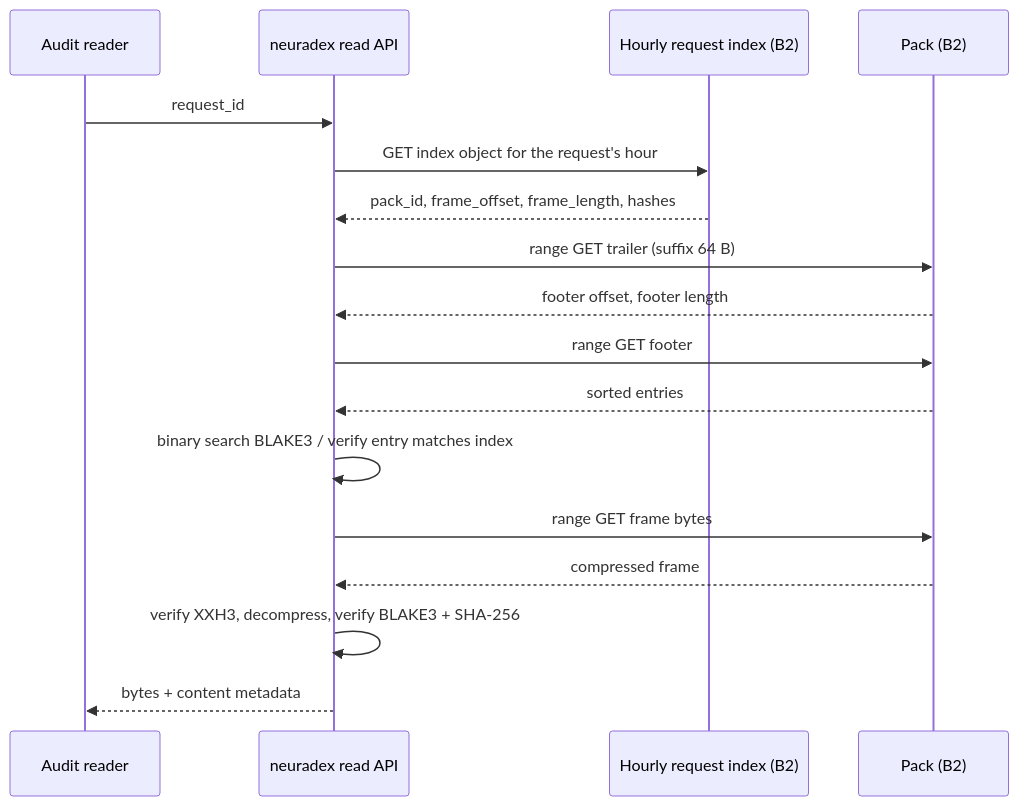
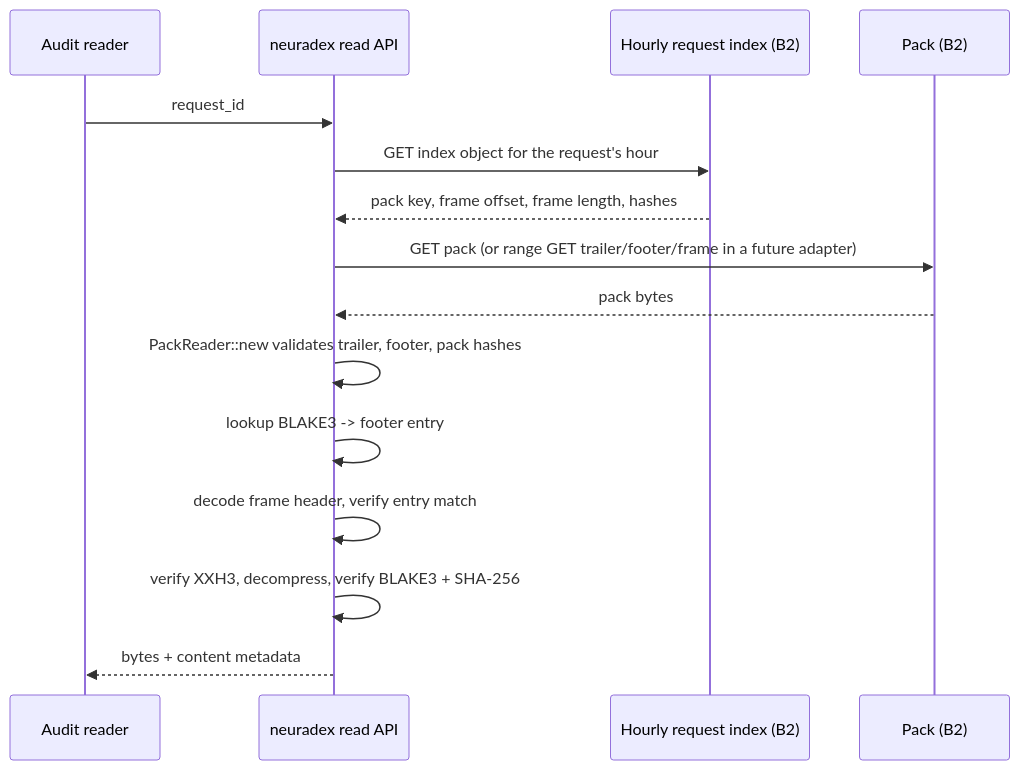
Before and after one commit to mkroman/neuradex: the second of 2 diagrams in docs/rfd/0002-content-addressed-storage.md, drawn with Mermaid. The commit also changed other lines of this file and 30 other files, not shown here.

````diff
--- a/docs/rfd/0002-content-addressed-storage.md
+++ b/docs/rfd/0002-content-addressed-storage.md
@@ -218,19 +241,17 @@
 ```mermaid
 sequenceDiagram
     participant R as Audit reader
     participant S as neuradex read API
     participant I as Hourly request index (B2)
     participant P as Pack (B2)
     R->>S: request_id
     S->>I: GET index object for the request's hour
-    I-->>S: pack_id, frame_offset, frame_length, hashes
-    S->>P: range GET trailer (suffix 64 B)
-    P-->>S: footer offset, footer length
-    S->>P: range GET footer
-    P-->>S: sorted entries
-    S->>S: binary search BLAKE3 / verify entry matches index
-    S->>P: range GET frame bytes
-    P-->>S: compressed frame
+    I-->>S: pack key, frame offset, frame length, hashes
+    S->>P: GET pack (or range GET trailer/footer/frame in a future adapter)
+    P-->>S: pack bytes
+    S->>S: PackReader::new validates trailer, footer, pack hashes
+    S->>S: lookup BLAKE3 -> footer entry
+    S->>S: decode frame header, verify entry match
     S->>S: verify XXH3, decompress, verify BLAKE3 + SHA-256
     S-->>R: bytes + content metadata
 ```
````
